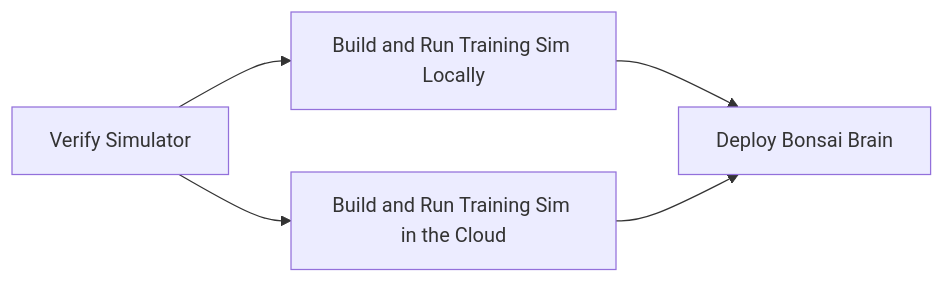
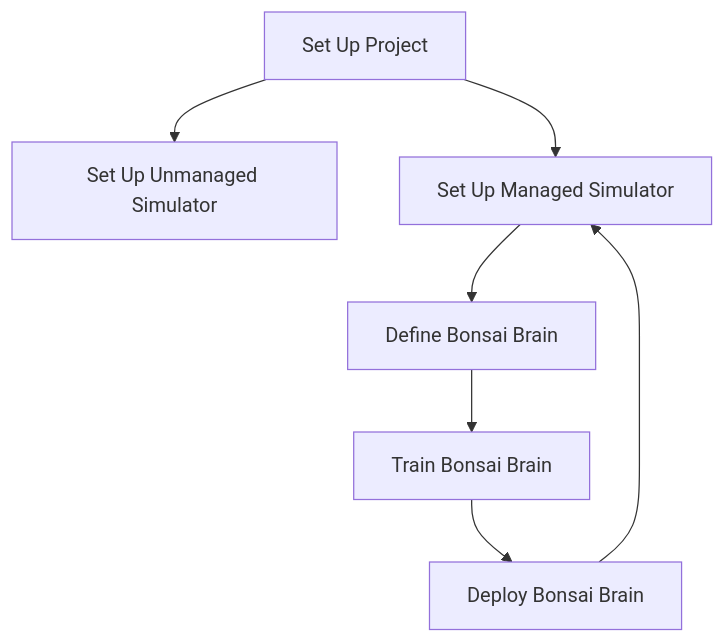
One commit to microsoft/ROS-bonsai-connector changed the diagram in samples/turtlebot3_bonsai/README.md. Above: the diagram before and after it, drawn with Mermaid. The commit also changed other lines of this file, not shown here.

````diff
--- a/samples/turtlebot3_bonsai/README.md
+++ b/samples/turtlebot3_bonsai/README.md
@@ -4,7 +6,9 @@
 ```mermaid
-flowchart LR
-    A[Verify Simulator]-->B[Build and Run Training Sim Locally]
-    A-->C[Build and Run Training Sim in the Cloud]
-    B-->D[Deploy Bonsai Brain]
-    C-->D
+flowchart TD
+    A[Set Up Project]-->B[Set Up Unmanaged Simulator]
+    A-->C[Set Up Managed Simulator]
+    C-->D[Define Bonsai Brain]
+    D-->E[Train Bonsai Brain]
+    E-->F[Deploy Bonsai Brain]
+    F-->C
 ```
````
